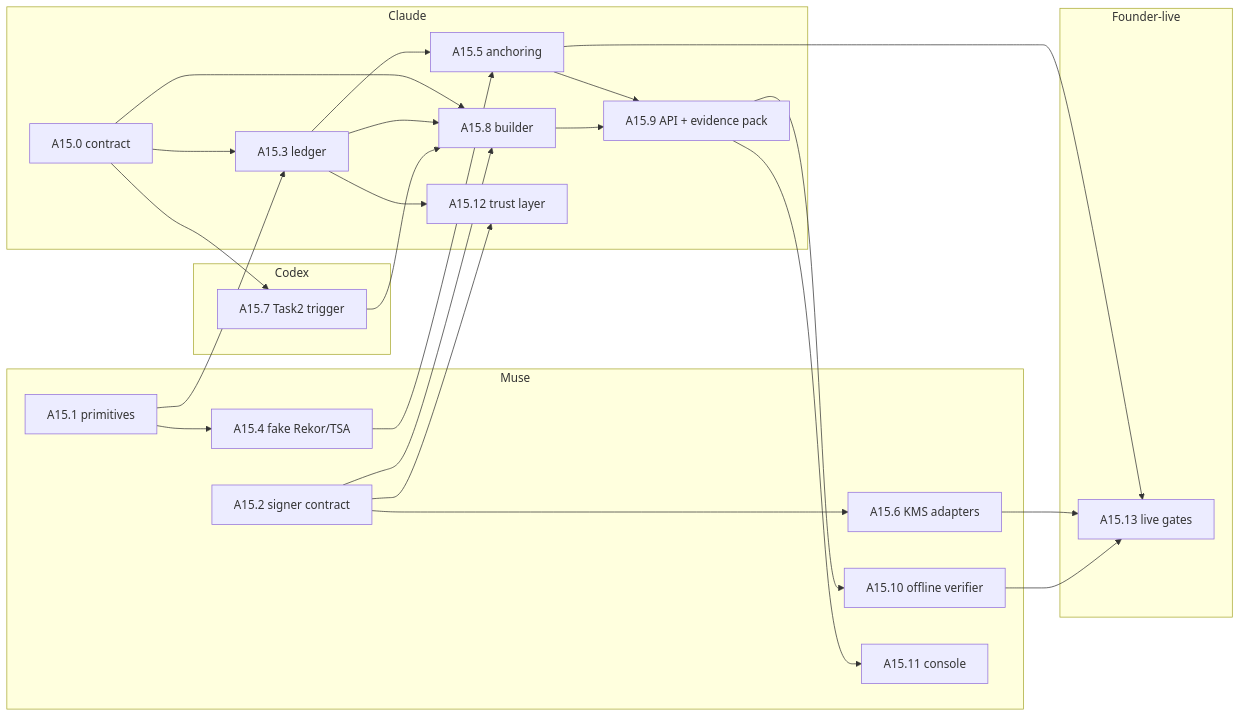
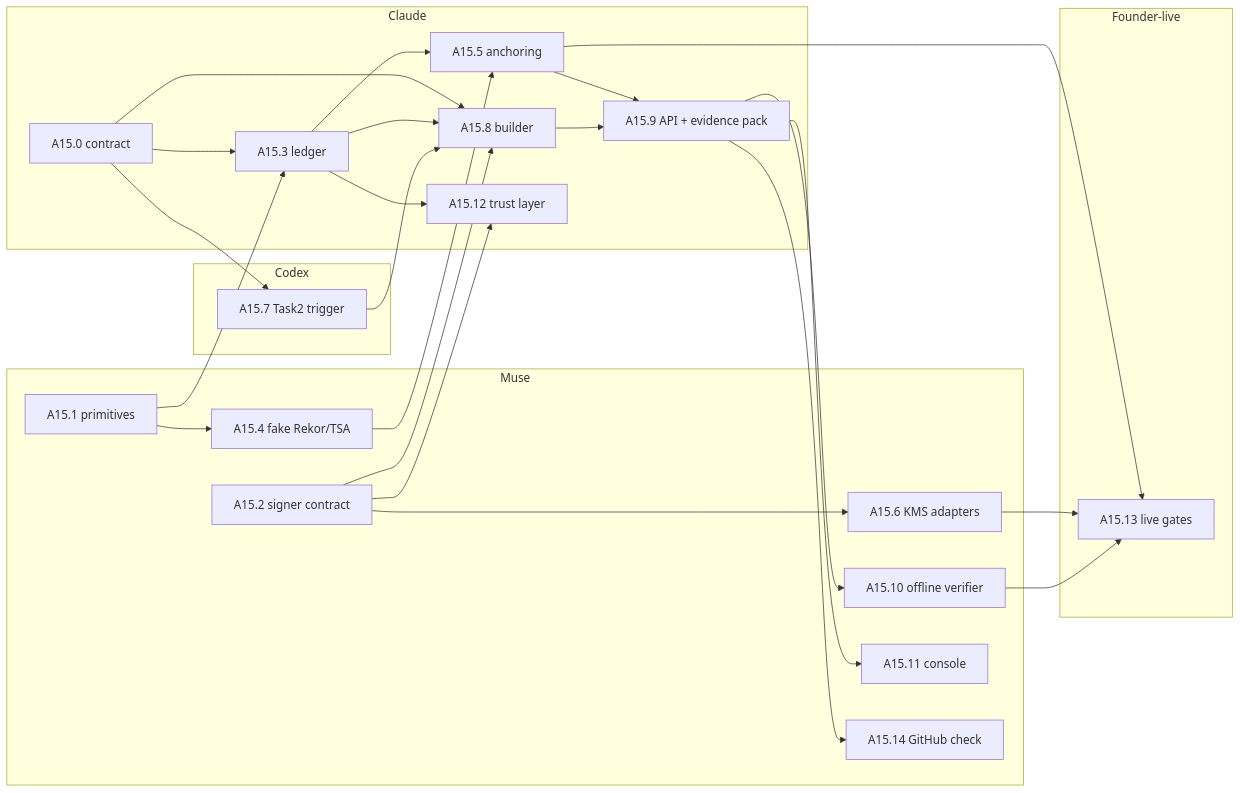
The diagram in docs/plan/TASK15.md (mahamannu-ux/TrackAI-V1), drawn with Mermaid before and after one commit. The commit also changed other lines of this file and 14 other files, not shown here.

First line of the commit message:
roadmap-2026-10-12: portfolio re-plan (Task7/8/11/12 re-scoped, Task17/18 added, new graph)

````diff
--- a/docs/plan/TASK15.md
+++ b/docs/plan/TASK15.md
@@ -67,45 +68,47 @@
 ```mermaid
 flowchart LR
   subgraph Muse
     A1[A15.1 primitives]
     A2[A15.2 signer contract]
     A4[A15.4 fake Rekor/TSA]
     A6[A15.6 KMS adapters]
     A10[A15.10 offline verifier]
     A11[A15.11 console]
+    A14[A15.14 GitHub check]
   end
   subgraph Claude
     A0[A15.0 contract]
     A3[A15.3 ledger]
     A5[A15.5 anchoring]
     A8[A15.8 builder]
     A9[A15.9 API + evidence pack]
     A12[A15.12 trust layer]
   end
   subgraph Codex
     A7[A15.7 Task2 trigger]
   end
   subgraph Founder-live
     A13[A15.13 live gates]
   end
   A0 --> A3
   A1 --> A3
   A1 --> A4
   A3 --> A5
   A4 --> A5
   A2 --> A6
   A0 --> A7
   A0 --> A8
   A3 --> A8
   A7 --> A8
   A2 --> A8
   A5 --> A9
   A8 --> A9
   A9 --> A10
   A9 --> A11
+  A9 --> A14
   A2 --> A12
   A3 --> A12
   A5 --> A13
   A6 --> A13
   A10 --> A13
 ```
````
